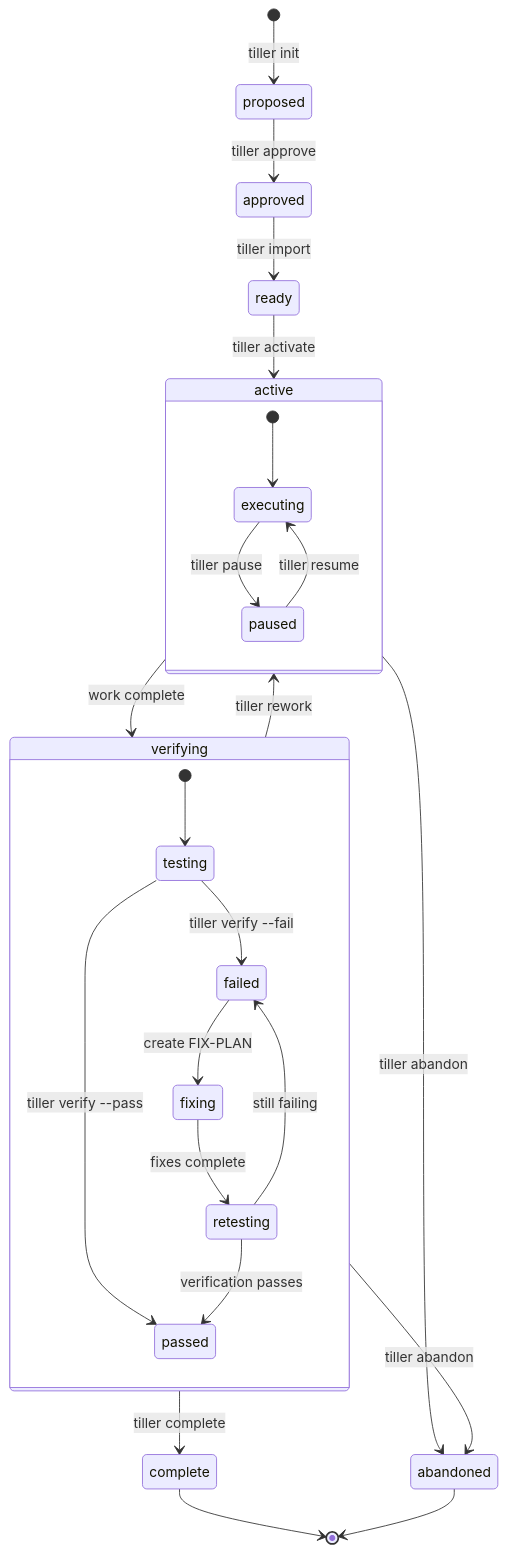
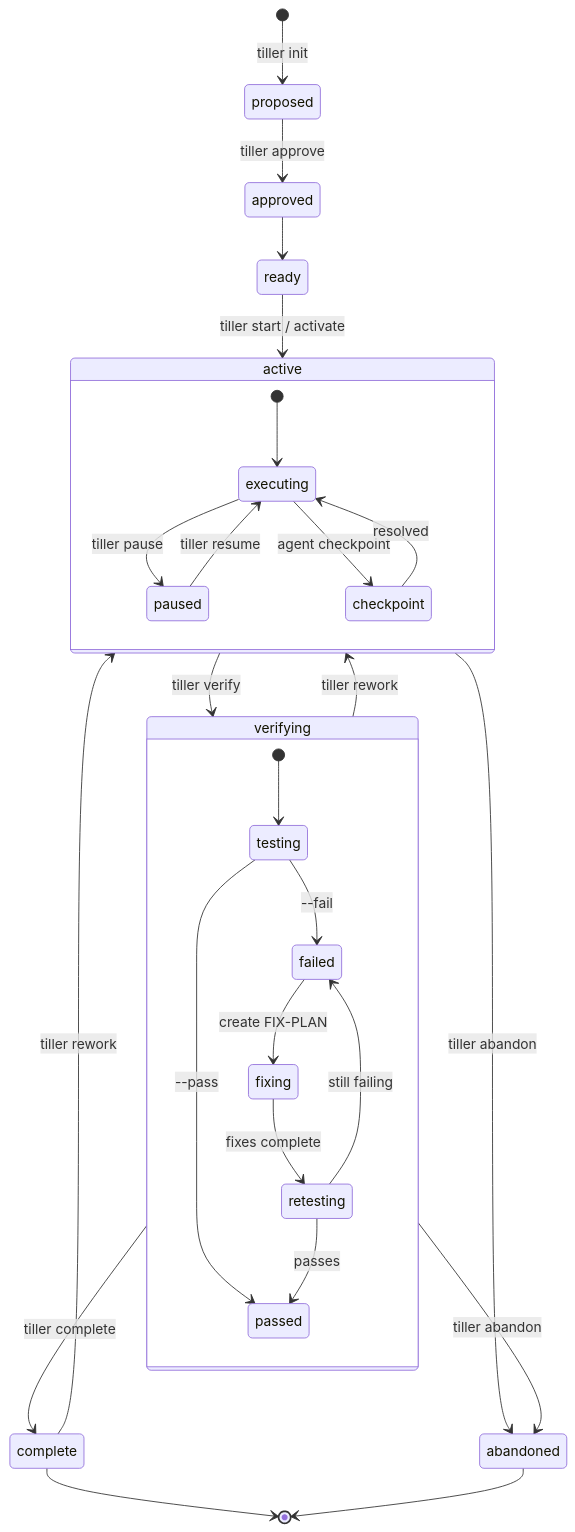
The diagram in README.md (gulp/tiller), drawn with Mermaid before and after one commit. The commit also changed other lines of this file and 8 other files, not shown here.

````diff
--- a/README.md
+++ b/README.md
@@ -238,33 +232,36 @@
 ```mermaid
 stateDiagram-v2
     [*] --> proposed: tiller init
     proposed --> approved: tiller approve
-    approved --> ready: tiller import
-    ready --> active: tiller activate
+    approved --> ready
+    ready --> active: tiller start / activate
 
     state active {
         [*] --> executing
         executing --> paused: tiller pause
         paused --> executing: tiller resume
+        executing --> checkpoint: agent checkpoint
+        checkpoint --> executing: resolved
     }
 
-    active --> verifying: work complete
+    active --> verifying: tiller verify
 
     state verifying {
         [*] --> testing
-        testing --> passed: tiller verify --pass
-        testing --> failed: tiller verify --fail
+        testing --> passed: --pass
+        testing --> failed: --fail
         failed --> fixing: create FIX-PLAN
         fixing --> retesting: fixes complete
-        retesting --> passed: verification passes
+        retesting --> passed: passes
         retesting --> failed: still failing
     }
 
     verifying --> active: tiller rework
     verifying --> complete: tiller complete
+    complete --> active: tiller rework
     complete --> [*]
 
     active --> abandoned: tiller abandon
     verifying --> abandoned: tiller abandon
     abandoned --> [*]
 ```
````
